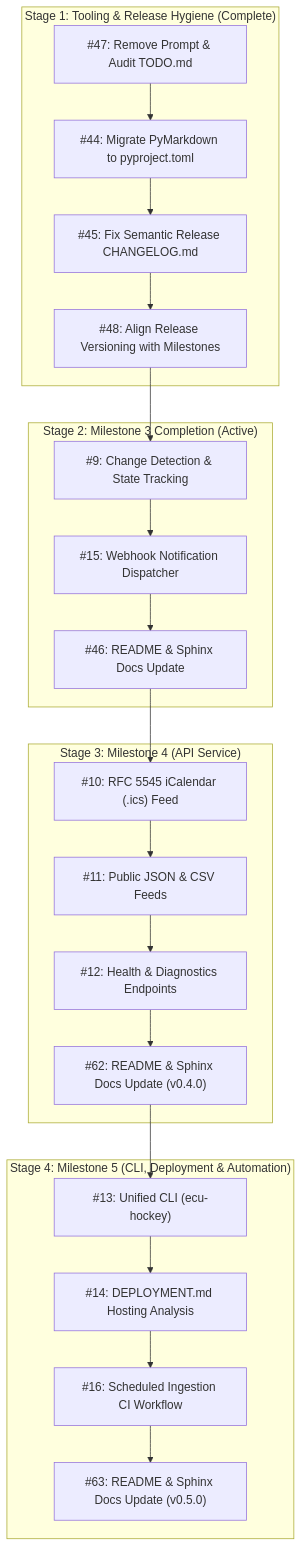
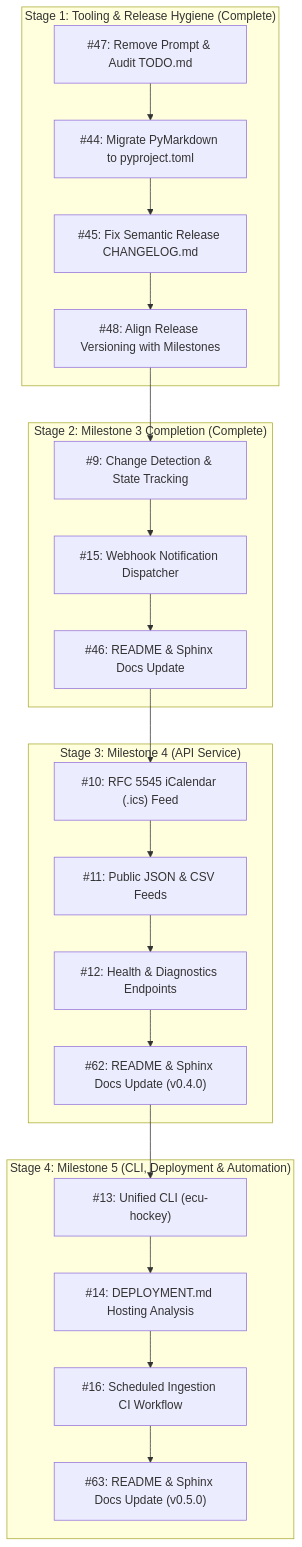
The second of 2 diagrams in TODO.md (bdperkin/ecu-hockey-calendar), drawn with Mermaid before and after one commit. The commit also changed other lines of this file and 7 other files, not shown here.

````diff
--- a/TODO.md
+++ b/TODO.md
@@ -280,44 +280,44 @@
 ```mermaid
 flowchart TD
     subgraph HYGIENE["Stage 1: Tooling & Release Hygiene (Complete)"]
         T47["#47: Remove Prompt & Audit TODO.md"]
         T44["#44: Migrate PyMarkdown to pyproject.toml"]
         T45["#45: Fix Semantic Release CHANGELOG.md"]
         T48["#48: Align Release Versioning with Milestones"]
     end
 
-    subgraph M3["Stage 2: Milestone 3 Completion (Active)"]
+    subgraph M3["Stage 2: Milestone 3 Completion (Complete)"]
         T9["#9: Change Detection & State Tracking"]
         T15["#15: Webhook Notification Dispatcher"]
         T46["#46: README & Sphinx Docs Update"]
     end
 
     subgraph M4["Stage 3: Milestone 4 (API Service)"]
         T10["#10: RFC 5545 iCalendar (.ics) Feed"]
         T11["#11: Public JSON & CSV Feeds"]
         T12["#12: Health & Diagnostics Endpoints"]
         T62["#62: README & Sphinx Docs Update (v0.4.0)"]
     end
 
     subgraph M5["Stage 4: Milestone 5 (CLI, Deployment & Automation)"]
         T13["#13: Unified CLI (ecu-hockey)"]
         T14["#14: DEPLOYMENT.md Hosting Analysis"]
         T16["#16: Scheduled Ingestion CI Workflow"]
         T63["#63: README & Sphinx Docs Update (v0.5.0)"]
     end
 
     T47 --> T44
     T44 --> T45
     T45 --> T48
     T48 --> T9
     T9 --> T15
     T15 --> T46
     T46 --> T10
     T10 --> T11
     T11 --> T12
     T12 --> T62
     T62 --> T13
     T13 --> T14
     T14 --> T16
     T16 --> T63
 ```
````
